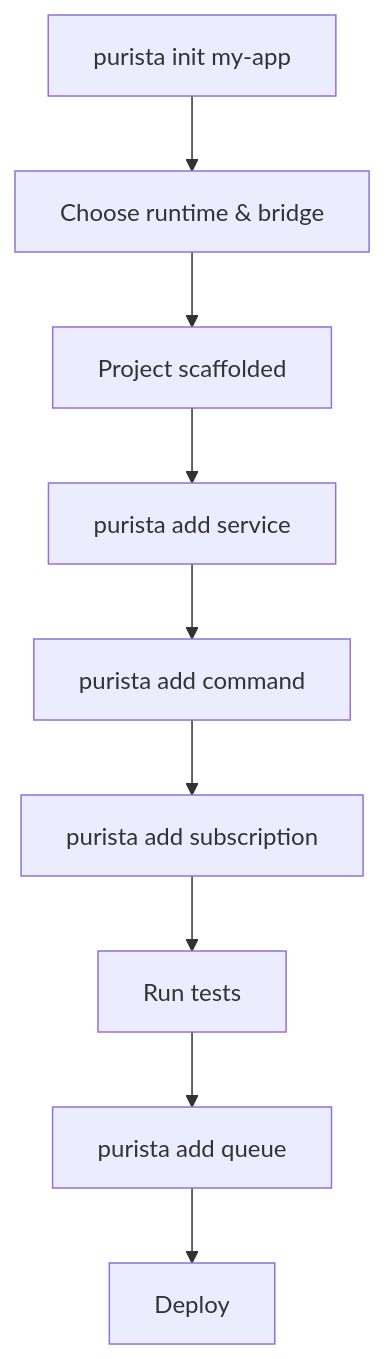
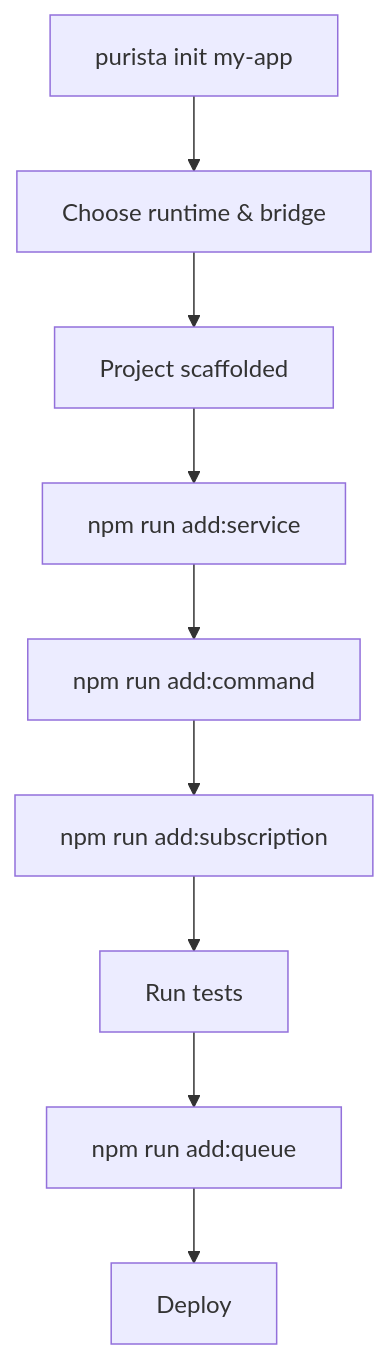
The diagram in web/src/content/handbook/cli.md (puristajs/purista), drawn with Mermaid before and after one commit. The commit also changed other lines of this file and 31 other files, not shown here.

````diff
--- a/web/src/content/handbook/cli.md
+++ b/web/src/content/handbook/cli.md
@@ -161,11 +161,11 @@
 ```mermaid
 flowchart TD
     A["`purista init my-app`"] --> B[Choose runtime & bridge]
     B --> C[Project scaffolded]
-    C --> D["`purista add service`"]
-    D --> E["`purista add command`"]
-    E --> F["`purista add subscription`"]
+    C --> D["`npm run add:service`"]
+    D --> E["`npm run add:command`"]
+    E --> F["`npm run add:subscription`"]
     F --> G[Run tests]
-    G --> H["`purista add queue`"]
+    G --> H["`npm run add:queue`"]
     H --> I[Deploy]
 ```
````
